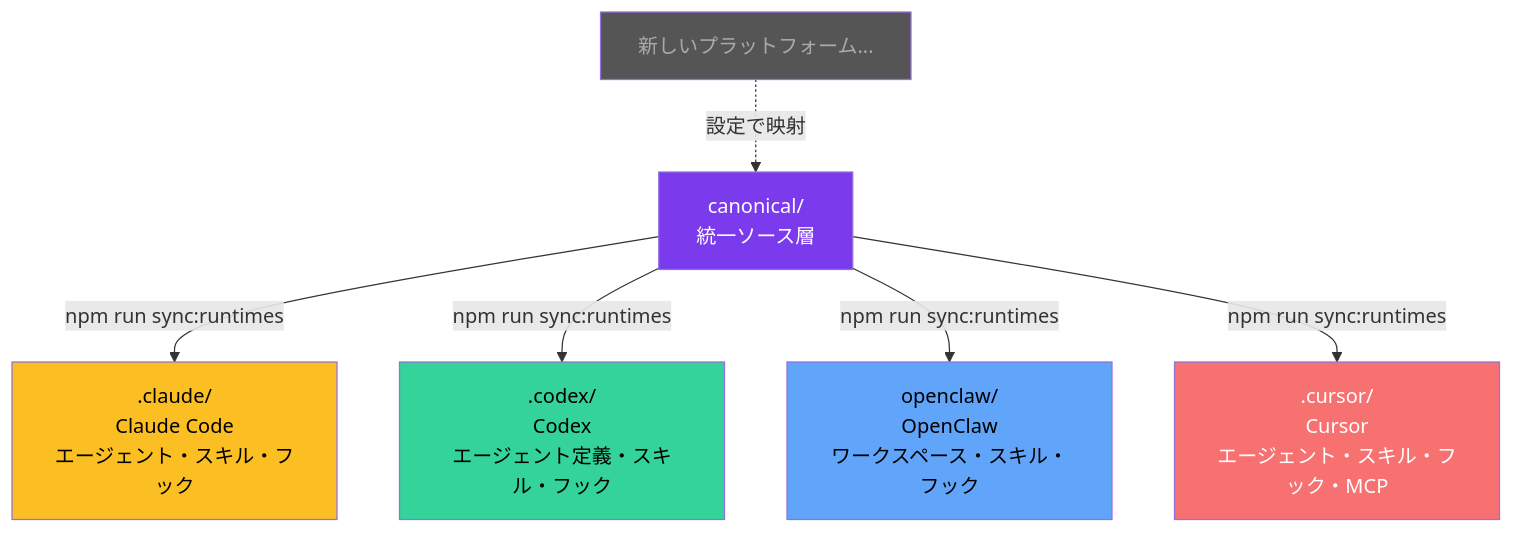
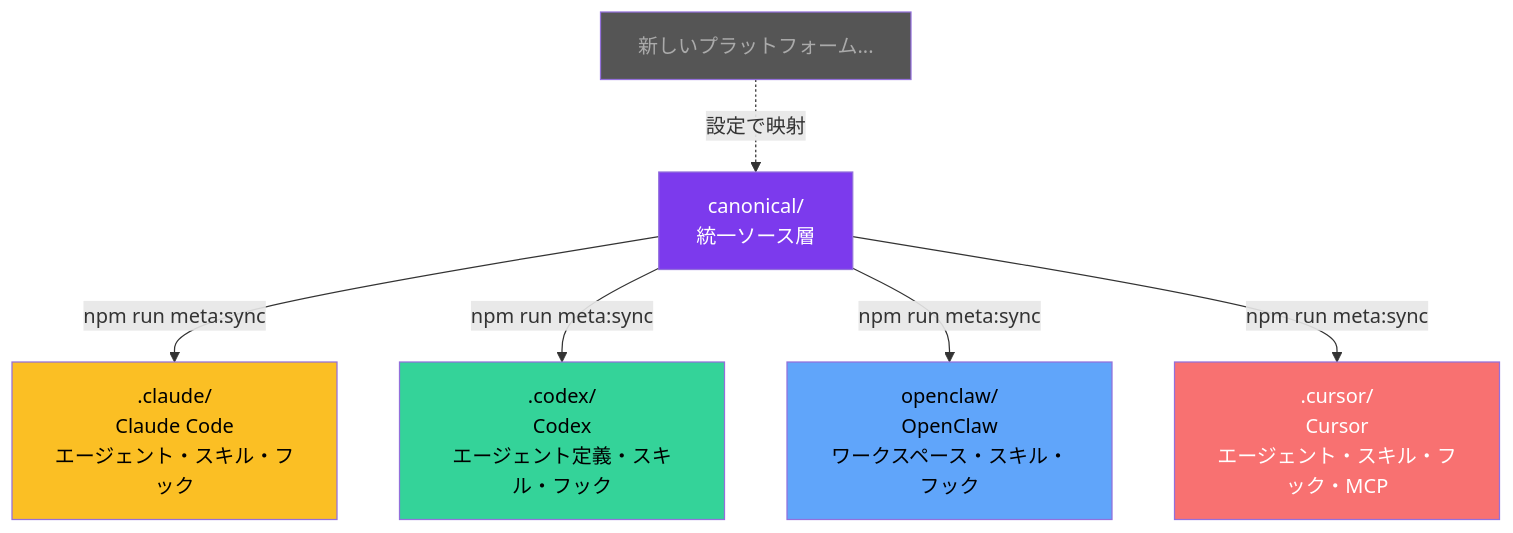
The eighth of 9 diagrams in README.ja-JP.md (LIIDAA/Meta_Kim), drawn with Mermaid before and after one commit. The commit also changed other lines of this file and 3 other files, not shown here.

````diff
--- a/README.ja-JP.md
+++ b/README.ja-JP.md
@@ -473,18 +473,18 @@
 ```mermaid
 flowchart TB
     CANONICAL["canonical/<br/>統一ソース層"]
 
-    CANONICAL --> |npm run sync:runtimes| CLAUDE[".claude/<br/>Claude Code<br/>エージェント・スキル・フック"]
-    CANONICAL --> |npm run sync:runtimes| CODEX[".codex/<br/>Codex<br/>エージェント定義・スキル・フック"]
-    CANONICAL --> |npm run sync:runtimes| OPENCLAW["openclaw/<br/>OpenClaw<br/>ワークスペース・スキル・フック"]
-    CANONICAL --> |npm run sync:runtimes| CURSOR[".cursor/<br/>Cursor<br/>エージェント・スキル・フック・MCP"]
+    CANONICAL --> |npm run meta:sync| CLAUDE[".claude/<br/>Claude Code<br/>エージェント・スキル・フック"]
+    CANONICAL --> |npm run meta:sync| CODEX[".codex/<br/>Codex<br/>エージェント定義・スキル・フック"]
+    CANONICAL --> |npm run meta:sync| OPENCLAW["openclaw/<br/>OpenClaw<br/>ワークスペース・スキル・フック"]
+    CANONICAL --> |npm run meta:sync| CURSOR[".cursor/<br/>Cursor<br/>エージェント・スキル・フック・MCP"]
 
     NEW[新しいプラットフォーム...] -.-> |設定で映射| CANONICAL
 
     style CANONICAL fill:#7c3aed,color:#fff
     style CLAUDE fill:#fbbf24,color:#000
     style CODEX fill:#34d399,color:#000
     style OPENCLAW fill:#60a5fa,color:#000
     style CURSOR fill:#f87171,color:#fff
     style NEW fill:#555,color:#aaa
 ```
````
